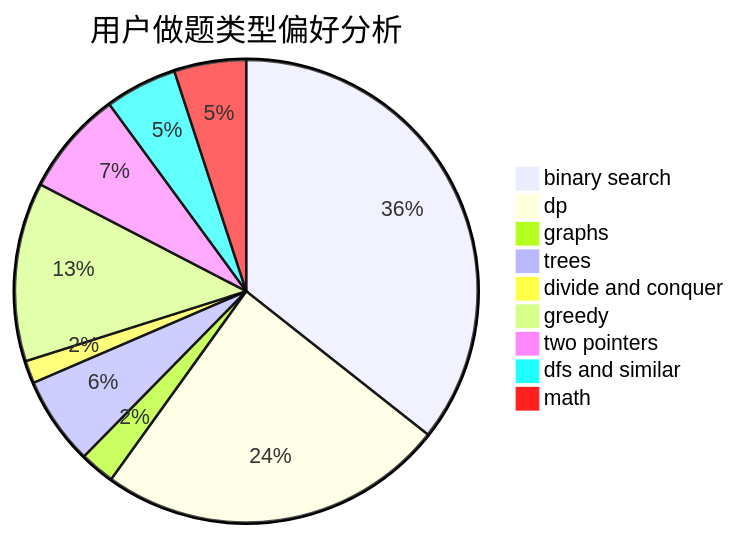
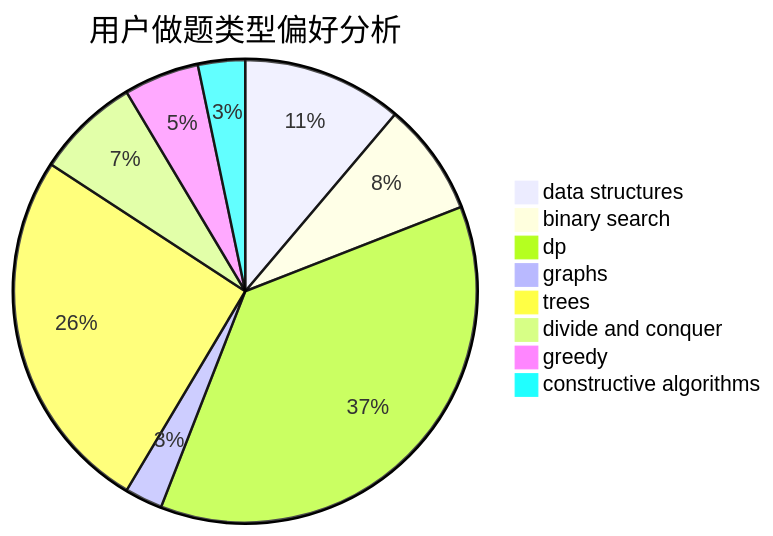
One commit to sherpahu/cfrs.github.io changed the second of 3 diagrams in docs/user/u2357.md. Above: the diagram before and after it, drawn with Mermaid. The commit also changed other lines of this file and 2775 other files, not shown here.

````diff
--- a/docs/user/u2357.md
+++ b/docs/user/u2357.md
@@ -23,12 +23,11 @@
 ```mermaid
 pie title 用户做题类型偏好分析
-    "binary search" :  248
-    "dp" :  169
-    "graphs" :  17
-    "trees" :  43
+    "data structures" :  17
+    "binary search" :  12
+    "dp" :  56
+    "graphs" :  4
+    "trees" :  39
     "divide and conquer" :  11
-    "greedy" :  87
-    "two pointers" :  51
-    "dfs and similar" :  35
-    "math" :  35
+    "greedy" :  8
+    "constructive algorithms" :  5
 ```
````
